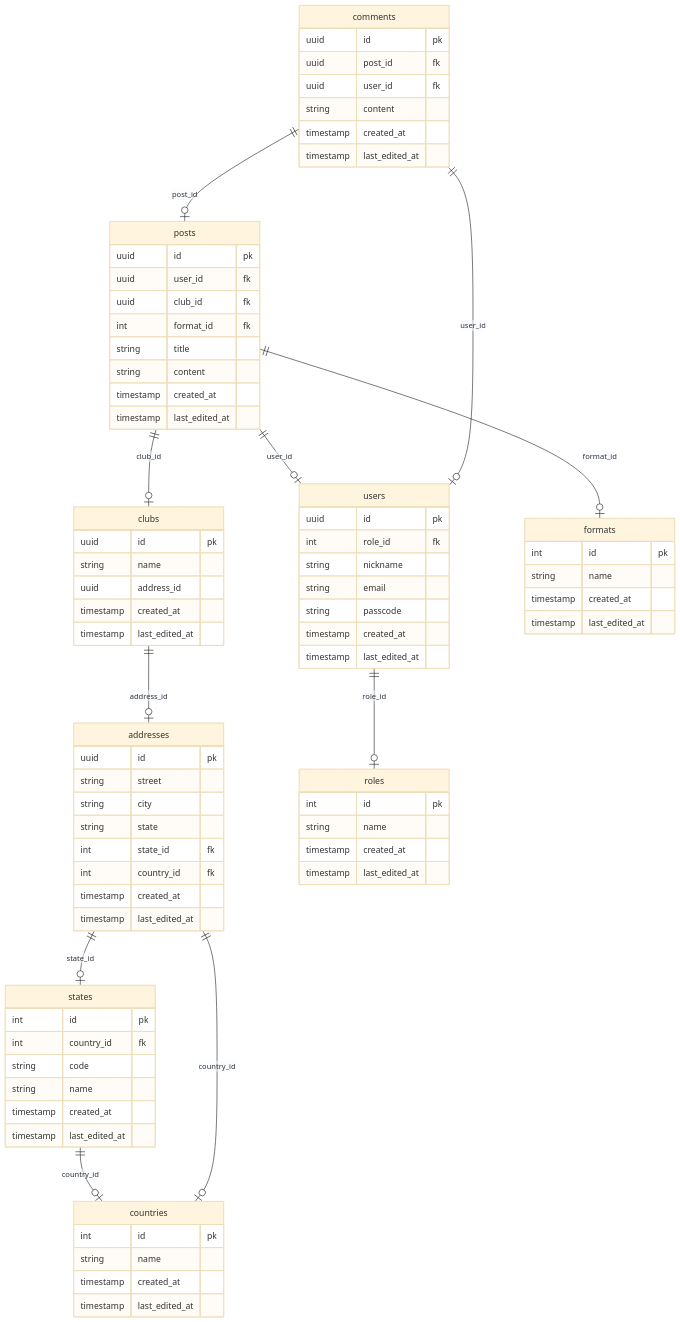
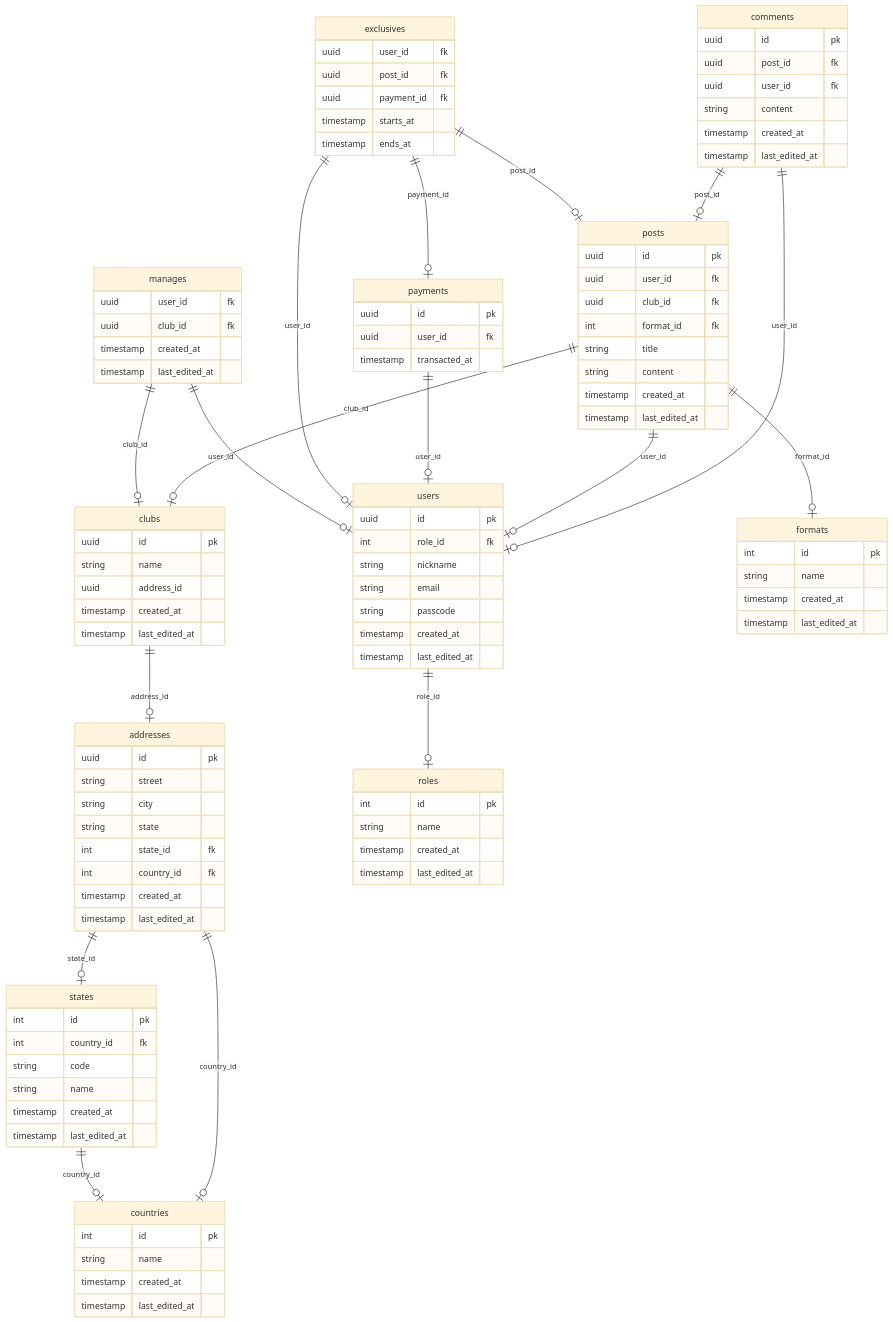
Before and after one commit to darren-mk/arcaneflare: the diagram in resources/docs/schema.mmd, drawn with Mermaid (base theme). The commit also changed 1 other file, not shown here.

Commit message:
added further thoughts in schema

```diff
--- a/resources/docs/schema.mmd
+++ b/resources/docs/schema.mmd
@@ -1,81 +1,105 @@
 erDiagram
 
     countries {
     int id pk
     string name
     timestamp created_at
     timestamp last_edited_at }
 
     states ||--o| countries : country_id
     states {
     int id pk
     int country_id fk
     string code
     string name
     timestamp created_at
     timestamp last_edited_at }
 
     addresses ||--o| states : state_id
     addresses ||--o| countries : country_id
     addresses {
     uuid id pk
     string street
     string city
     string state
     int state_id fk
     int country_id fk
     timestamp created_at
     timestamp last_edited_at }
 
     clubs ||--o| addresses : address_id
     clubs {
     uuid id pk
     string name
     uuid address_id
     timestamp created_at
     timestamp last_edited_at }
 
     users ||--o| roles : role_id
     users {
     uuid id pk
     int role_id fk
     string nickname
     string email
     string passcode
     timestamp created_at
     timestamp last_edited_at }
 
+    manages ||--o| users : user_id
+    manages ||--o| clubs : club_id
+    manages {
+    uuid user_id fk
+    uuid club_id fk
+    timestamp created_at
+    timestamp last_edited_at }
+
+    exclusives ||--o| users : user_id
+    exclusives ||--o| posts : post_id
+    exclusives ||--o| payments : payment_id
+    exclusives {
+    uuid user_id fk
+    uuid post_id fk
+    uuid payment_id fk
+    timestamp starts_at
+    timestamp ends_at }
+
+    payments ||--o| users : user_id
+    payments {
+    uuid id pk
+    uuid user_id fk
+    timestamp transacted_at }
+
     roles {
     int id pk
     string name
     timestamp created_at
     timestamp last_edited_at }
 
     formats {
     int id pk
     string name
     timestamp created_at
     timestamp last_edited_at }
 
     posts ||--o| users : user_id
     posts ||--o| clubs : club_id
     posts ||--o| formats : format_id
     posts {
     uuid id pk
     uuid user_id fk
     uuid club_id fk
     int format_id fk
     string title
     string content
     timestamp created_at
     timestamp last_edited_at }
 
     comments ||--o| posts : post_id
     comments ||--o| users : user_id
     comments {
     uuid id pk
     uuid post_id fk
     uuid user_id fk
     string content
     timestamp created_at
     timestamp last_edited_at }
```
